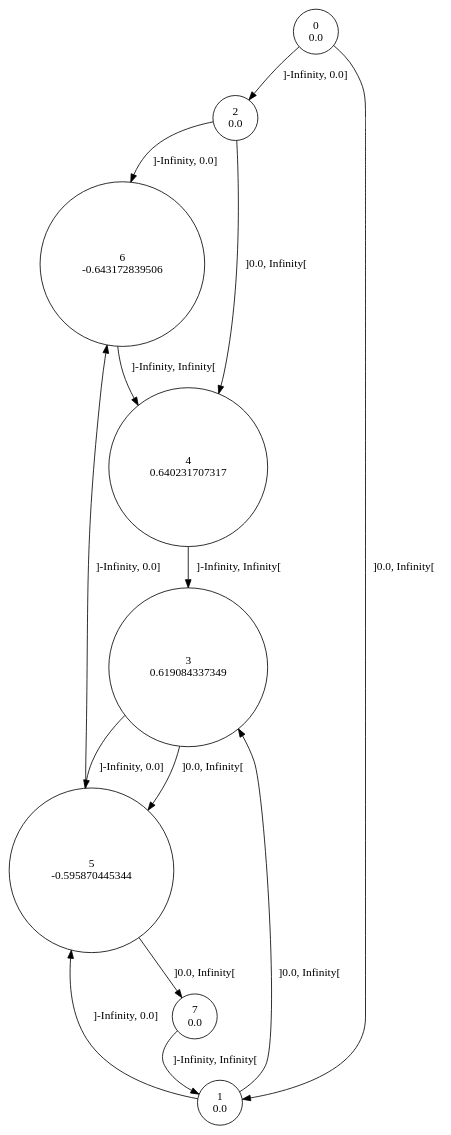
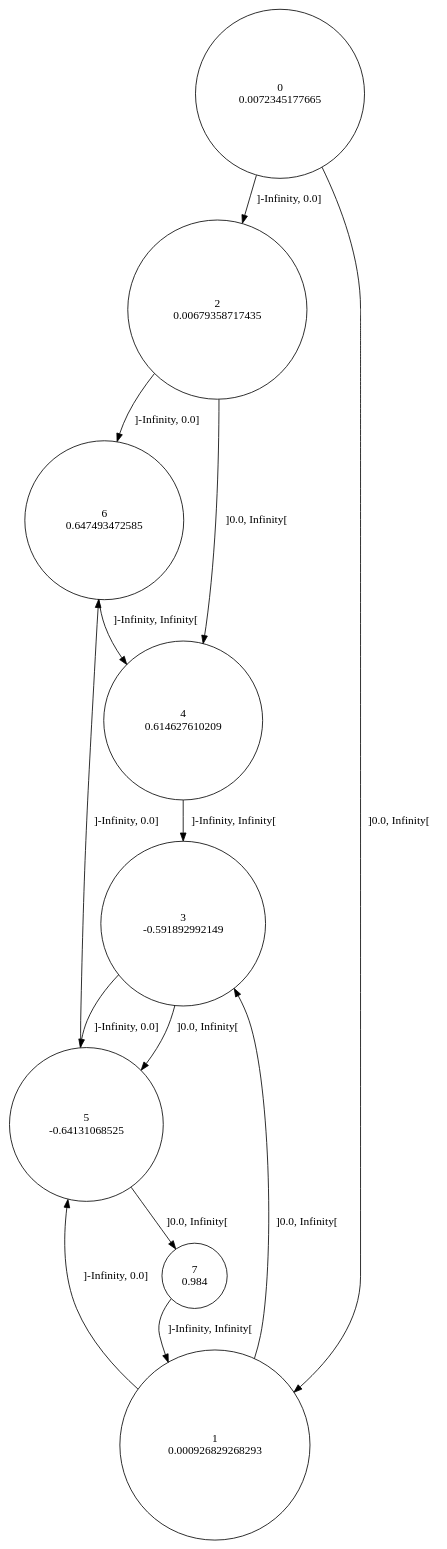
The diagram in sinus/data/4/rtisy.dot (gllpellegrino/RAI_experiments), drawn with Graphviz before and after one commit. The commit also changed 25 other files, not shown here.

```diff
--- a/sinus/data/4/rtisy.dot
+++ b/sinus/data/4/rtisy.dot
@@ -1,23 +1,23 @@
 digraph a {
-0 [shape=circle, label="0\n0.0"];
+0 [shape=circle, label="0\n0.0072345177665"];
 	0 -> 2 [label="]-Infinity, 0.0]"];
 	0 -> 1 [label="]0.0, Infinity["];
-1 [shape=circle, label="1\n0.0"];
+1 [shape=circle, label="1\n0.000926829268293"];
 	1 -> 5 [label="]-Infinity, 0.0]"];
 	1 -> 3 [label="]0.0, Infinity["];
-2 [shape=circle, label="2\n0.0"];
+2 [shape=circle, label="2\n0.00679358717435"];
 	2 -> 6 [label="]-Infinity, 0.0]"];
 	2 -> 4 [label="]0.0, Infinity["];
-3 [shape=circle, label="3\n0.619084337349"];
+3 [shape=circle, label="3\n-0.591892992149"];
 	3 -> 5 [label="]-Infinity, 0.0]"];
 	3 -> 5 [label="]0.0, Infinity["];
-4 [shape=circle, label="4\n0.640231707317"];
+4 [shape=circle, label="4\n0.614627610209"];
 	4 -> 3 [label="]-Infinity, Infinity["];
-5 [shape=circle, label="5\n-0.595870445344"];
+5 [shape=circle, label="5\n-0.64131068525"];
 	5 -> 6 [label="]-Infinity, 0.0]"];
 	5 -> 7 [label="]0.0, Infinity["];
-6 [shape=circle, label="6\n-0.643172839506"];
+6 [shape=circle, label="6\n0.647493472585"];
 	6 -> 4 [label="]-Infinity, Infinity["];
-7 [shape=circle, label="7\n0.0"];
+7 [shape=circle, label="7\n0.984"];
 	7 -> 1 [label="]-Infinity, Infinity["];
 }
```
